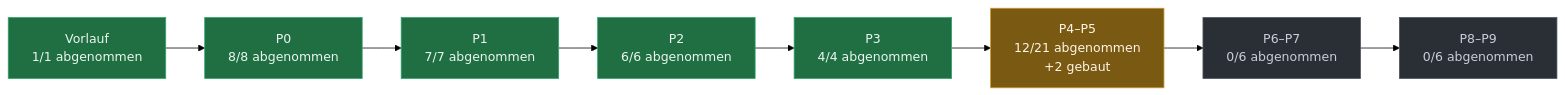
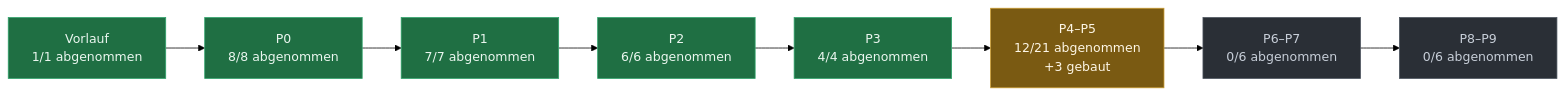
One commit to evenacadia-tech/Nakama changed the diagram in docs/PLAN-STAND.md. Above: the diagram before and after it, drawn with Mermaid (forest theme). The commit also changed other lines of this file and 9 other files, not shown here.

````diff
--- a/docs/PLAN-STAND.md
+++ b/docs/PLAN-STAND.md
@@ -37,21 +40,21 @@
 ```mermaid
 flowchart LR
   P0["Vorlauf<br/>1/1 abgenommen"]:::fertig
   P1["P0<br/>8/8 abgenommen"]:::fertig
   P0 --> P1
   P2["P1<br/>7/7 abgenommen"]:::fertig
   P1 --> P2
   P3["P2<br/>6/6 abgenommen"]:::fertig
   P2 --> P3
   P4["P3<br/>4/4 abgenommen"]:::fertig
   P3 --> P4
-  P5["P4–P5<br/>12/21 abgenommen<br/>+2 gebaut"]:::laeuft
+  P5["P4–P5<br/>12/21 abgenommen<br/>+3 gebaut"]:::laeuft
   P4 --> P5
   P6["P6–P7<br/>0/6 abgenommen"]:::offen
   P5 --> P6
   P7["P8–P9<br/>0/6 abgenommen"]:::offen
   P6 --> P7
   classDef fertig fill:#1f6f43,stroke:#2ea36a,color:#eaf6ef
   classDef laeuft fill:#7a5a12,stroke:#c99a2e,color:#fdf6e6
   classDef offen  fill:#2a2f36,stroke:#4a525c,color:#c7ced8
 ```
````
